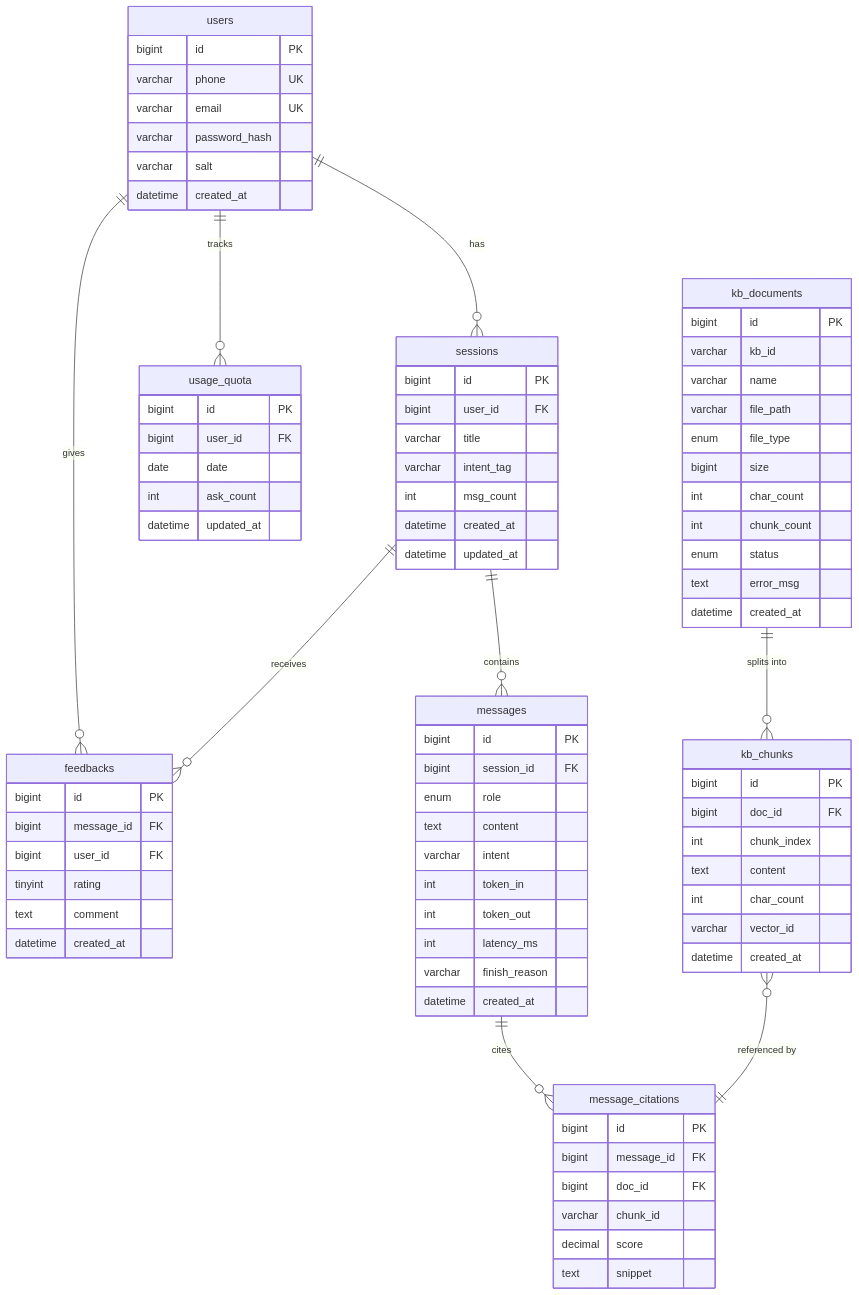
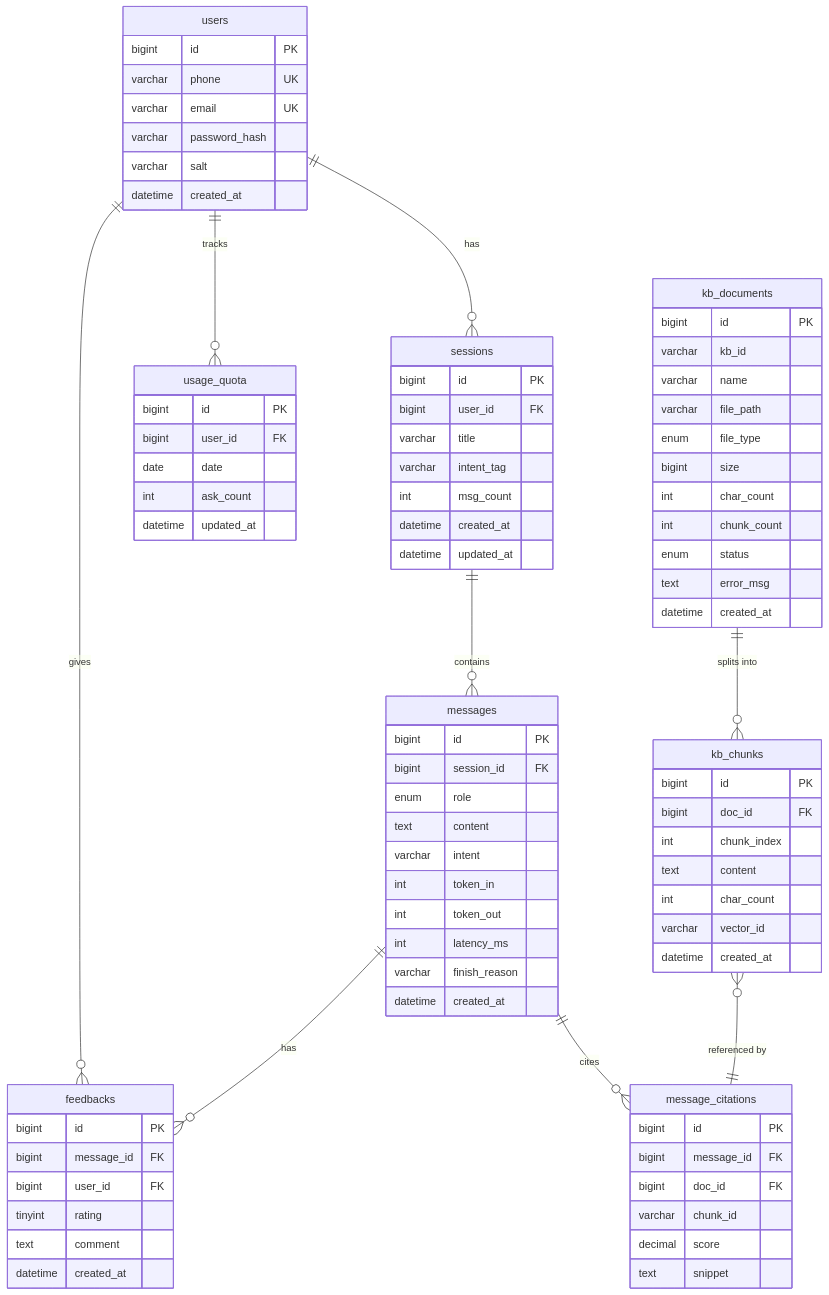
The diagram in docs/数据库设计.md (caolufeng994/ai-customer-service), drawn with Mermaid before and after one commit. The commit also changed other lines of this file and 27 other files, not shown here.

```diff
--- a/docs/数据库设计.md
+++ b/docs/数据库设计.md
@@ -13,7 +13,7 @@
     users ||--o{ usage_quota : "tracks"
     
     sessions ||--o{ messages : "contains"
-    sessions ||--o{ feedbacks : "receives"
+    messages ||--o{ feedbacks : "has"
     
     messages ||--o{ message_citations : "cites"
     
```
